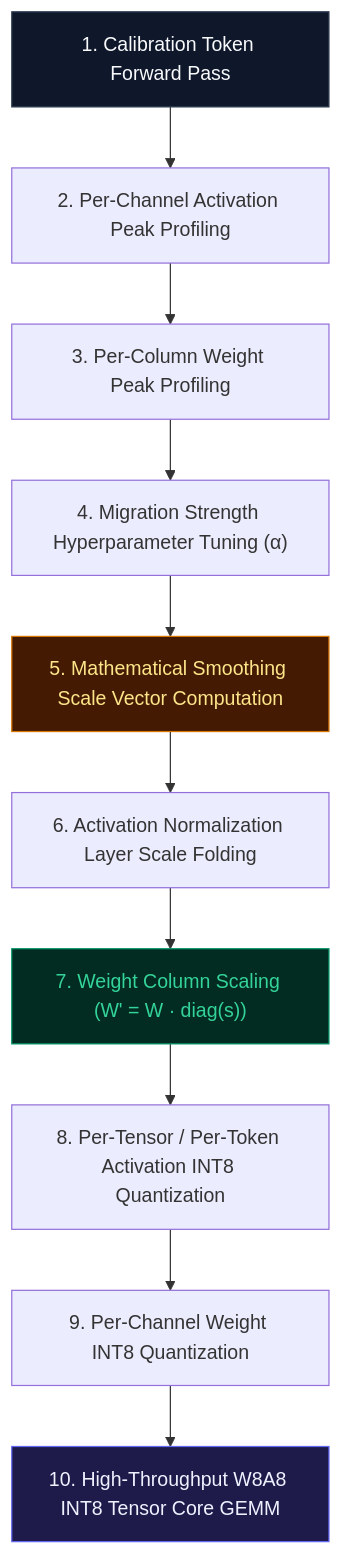
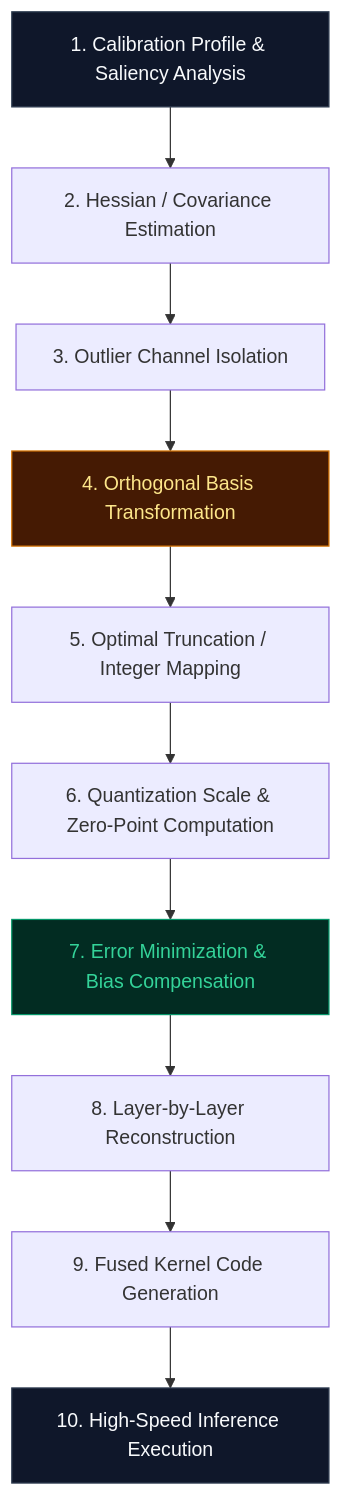
One commit to tahamajs/NeuralOps changed the second of 2 diagrams in Docs/content/compressions_blog/smoothquant_blog.md. Above: the diagram before and after it, drawn with Mermaid. The commit also changed other lines of this file and 193 other files, not shown here.

````diff
--- a/Docs/content/compressions_blog/smoothquant_blog.md
+++ b/Docs/content/compressions_blog/smoothquant_blog.md
@@ -76,17 +75,17 @@
 ```mermaid
 graph TD
-    S1["1. Calibration Token Forward Pass"] --> S2["2. Per-Channel Activation Peak Profiling"]
-    S2 --> S3["3. Per-Column Weight Peak Profiling"]
-    S3 --> S4["4. Migration Strength Hyperparameter Tuning (α)"]
-    S4 --> S5["5. Mathematical Smoothing Scale Vector Computation"]
-    S5 --> S6["6. Activation Normalization Layer Scale Folding"]
-    S6 --> S7["7. Weight Column Scaling (W' = W · diag(s))"]
-    S7 --> S8["8. Per-Tensor / Per-Token Activation INT8 Quantization"]
-    S8 --> S9["9. Per-Channel Weight INT8 Quantization"]
-    S9 --> S10["10. High-Throughput W8A8 INT8 Tensor Core GEMM"]
+    Step1["1. Calibration Profile & Saliency Analysis"] --> Step2["2. Hessian / Covariance Estimation"]
+    Step2 --> Step3["3. Outlier Channel Isolation"]
+    Step3 --> Step4["4. Orthogonal Basis Transformation"]
+    Step4 --> Step5["5. Optimal Truncation / Integer Mapping"]
+    Step5 --> Step6["6. Quantization Scale & Zero-Point Computation"]
+    Step6 --> Step7["7. Error Minimization & Bias Compensation"]
+    Step7 --> Step8["8. Layer-by-Layer Reconstruction"]
+    Step8 --> Step9["9. Fused Kernel Code Generation"]
+    Step9 --> Step10["10. High-Speed Inference Execution"]
 
-    style S1 fill:#0F172A,stroke:#334155,color:#F8FAFC
-    style S5 fill:#451A03,stroke:#D97706,color:#FDE68A
-    style S7 fill:#022C22,stroke:#059669,color:#34D399
-    style S10 fill:#1E1B4B,stroke:#6366F1,color:#EEF2FF
+    style Step1 fill:#0F172A,stroke:#334155,color:#F8FAFC
+    style Step4 fill:#451A03,stroke:#D97706,color:#FDE68A
+    style Step7 fill:#022C22,stroke:#059669,color:#34D399
+    style Step10 fill:#0F172A,stroke:#334155,color:#F8FAFC
 ```
````
